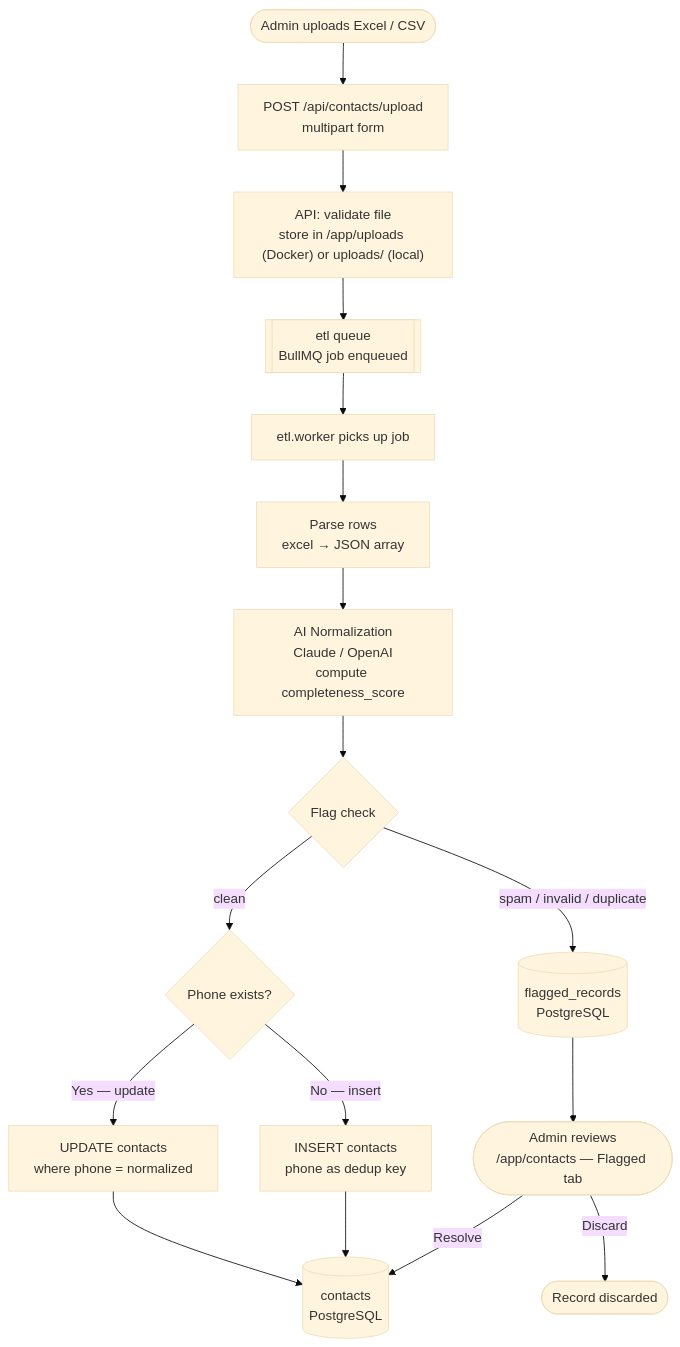
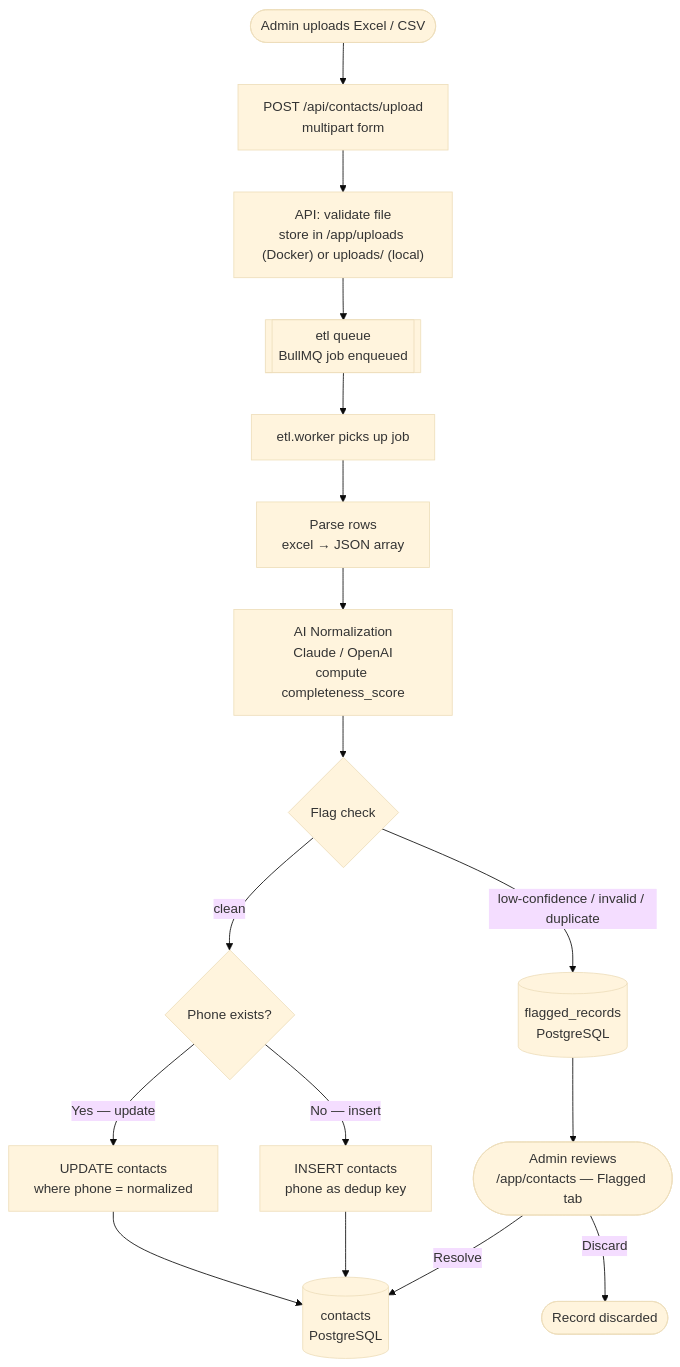
The fourth of 7 diagrams in docs/system-design.md (dhanifudin/yorindo), drawn with Mermaid (base theme) before and after one commit. The commit also changed other lines of this file and 1 other file, not shown here.

Commit message:
align the specs

````diff
--- a/docs/system-design.md
+++ b/docs/system-design.md
@@ -201,24 +201,24 @@
 ```mermaid
 flowchart TD
     A(["Admin uploads Excel / CSV"]) --> B["POST /api/contacts/upload\nmultipart form"]
     B --> C["API: validate file\nstore in /app/uploads (Docker) or uploads/ (local)"]
     C --> D[["etl queue\nBullMQ job enqueued"]]
     D --> E["etl.worker picks up job"]
 
     E --> F["Parse rows\nexcel → JSON array"]
     F --> G["AI Normalization\nClaude / OpenAI\ncompute completeness_score"]
 
     G --> H{Flag check}
-    H -->|"spam / invalid / duplicate"| I[("flagged_records\nPostgreSQL")]
+    H -->|"low-confidence / invalid / duplicate"| I[("flagged_records\nPostgreSQL")]
     H -->|"clean"| J{Phone exists?}
 
     J -->|"Yes — update"| K["UPDATE contacts\nwhere phone = normalized"]
     J -->|"No — insert"| L["INSERT contacts\nphone as dedup key"]
 
     K --> M[("contacts\nPostgreSQL")]
     L --> M
 
     I --> N(["Admin reviews\n/app/contacts — Flagged tab"])
     N -->|"Resolve"| M
     N -->|"Discard"| O(["Record discarded"])
 ```
````
